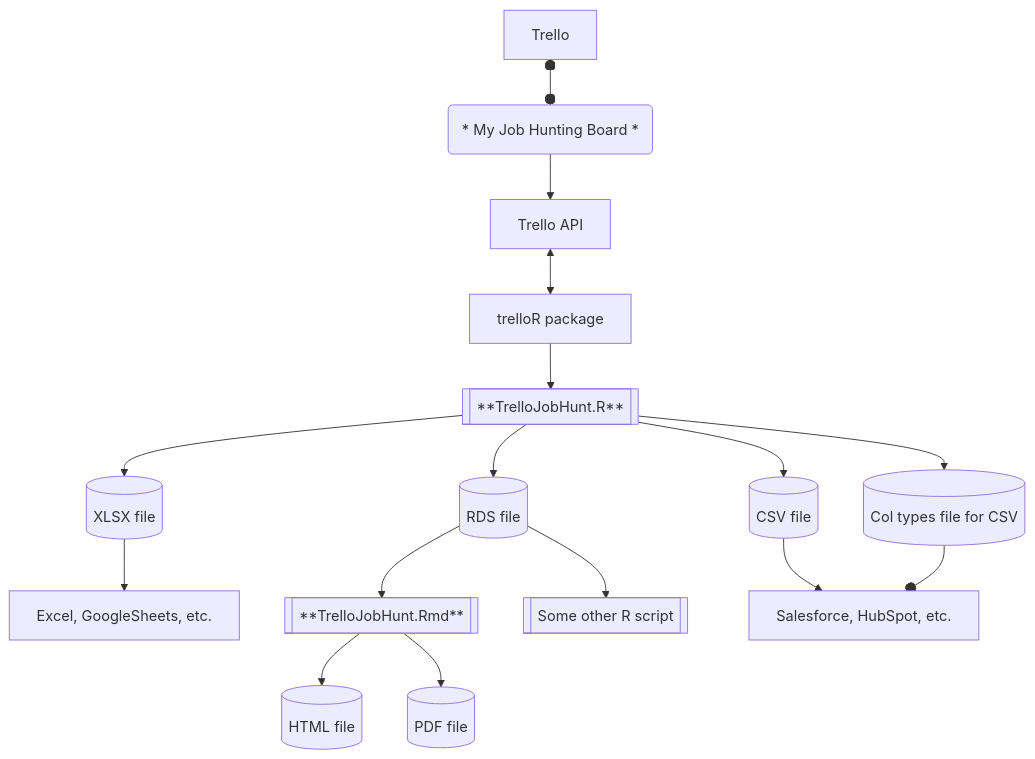
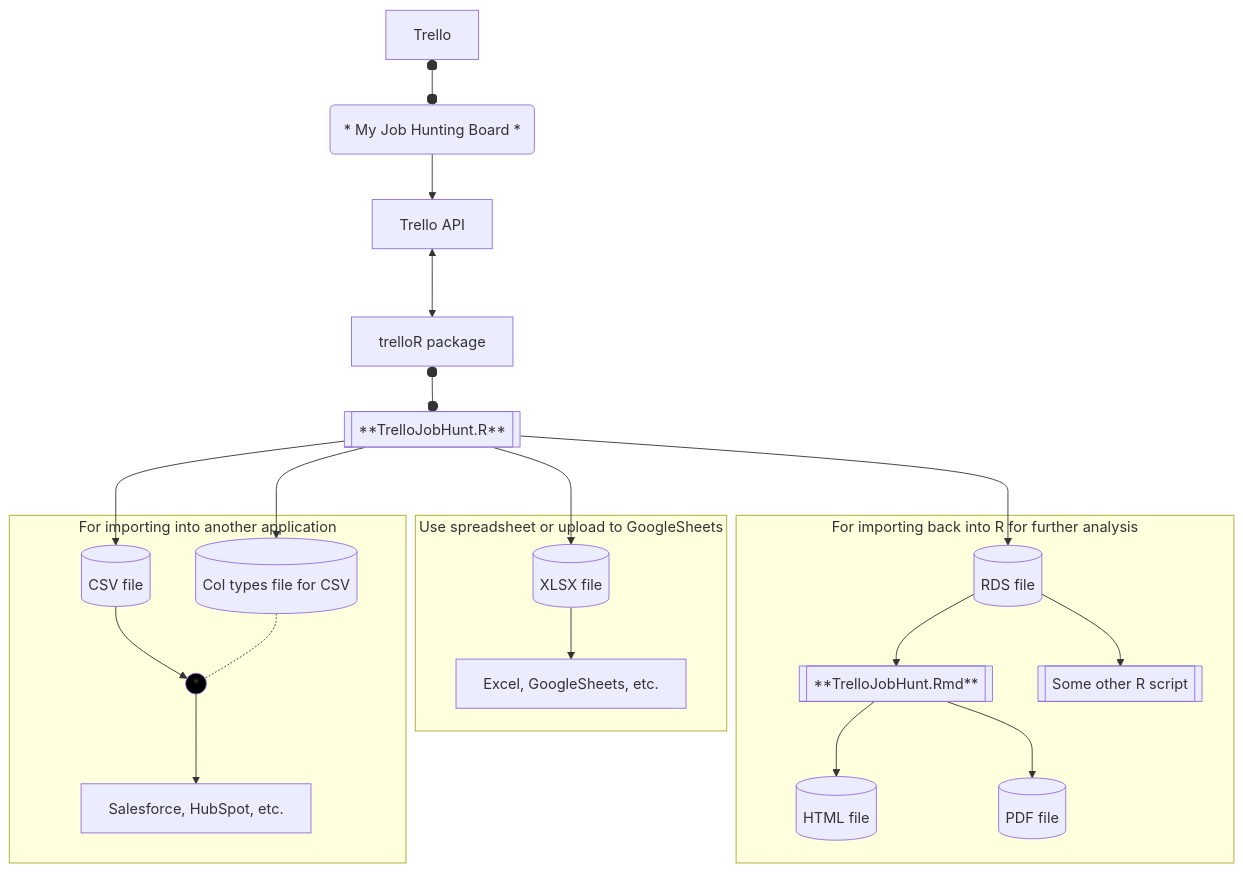
One commit to ccowens/trello-dump changed the first of 2 diagrams in README.md. Above: the diagram before and after it, drawn with Mermaid.

````diff
--- a/README.md
+++ b/README.md
@@ -10,19 +10,32 @@
 ```mermaid
-graph 
+
+graph
     Z[Trello] o--o Y(*&nbsp;My Job Hunting Board&nbsp;*)
     Y --> X[Trello API] 
     X <--> W[trelloR package] 
-    W --> A
-    A[[**TrelloJobHunt.R**]] --> B[(XLSX file)]
+subgraph main
+W o--o A[[**TrelloJobHunt.R**]]
+end
+style main fill:#fff, stroke:#fff, color:#fff
+
+subgraph Use spreadsheet or upload to GoogleSheets
+    A --> B[(XLSX file)]
+    B --> D[Excel, GoogleSheets, etc.]
+    end
+    
+subgraph For importing back into R for further analysis
     A --> C[(RDS file)]
-    A --> G[(CSV file)]
-    B --> D[Excel, GoogleSheets, etc.]
     C --> E[[**TrelloJobHunt.Rmd**]]
     E --> J[(HTML file)]
     E --> K[(PDF file)]
     C --> F[[Some other R script]]
-    G --> H[Salesforce, HubSpot, etc.]
+    end
+subgraph For importing into another application
+    A --> G[(CSV file)]
+    G --> L((*))
+    style L fill:#000
     A --> I[(Col types file for CSV)]
-    I --o H
-   
+    I -.- L
+    L --> H[Salesforce, HubSpot, etc.]
+    end
 ```
````
